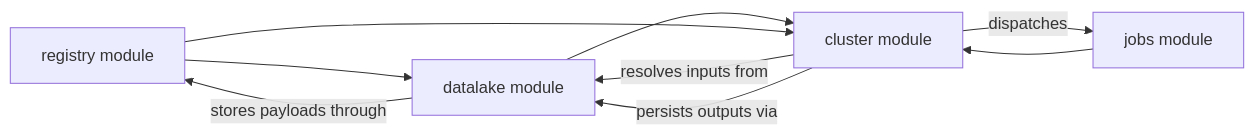
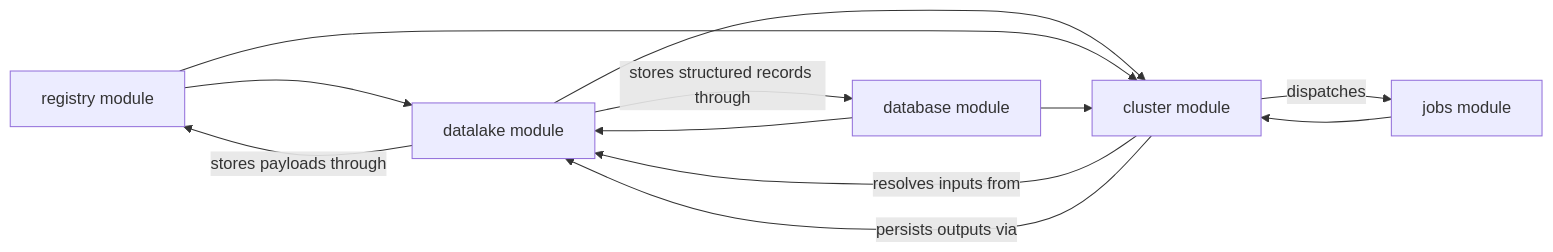
Before and after one commit to Mindtrace/mindtrace: the seventh of 8 diagrams in docs/datalake-v3-proposal.md, drawn with Mermaid. The commit also changed other lines of this file, not shown here.

Commit message:
docs: add database module to datalake architecture

````diff
--- a/docs/datalake-v3-proposal.md
+++ b/docs/datalake-v3-proposal.md
@@ -1276,11 +1311,14 @@
 ```mermaid
 flowchart LR
     REG[registry module] --> DL[datalake module]
+    DB[database module] --> DL
     JOBS[jobs module] --> CL[cluster module]
     DL --> CL
     REG --> CL
+    DB --> CL
     CL -->|resolves inputs from| DL
     CL -->|dispatches| JOBS
     CL -->|persists outputs via| DL
     DL -->|stores payloads through| REG
+    DL -->|stores structured records through| DB
 ```
````
